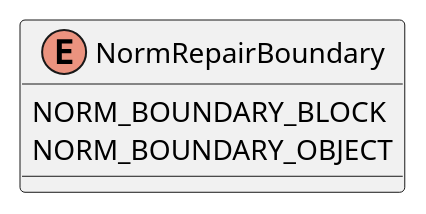
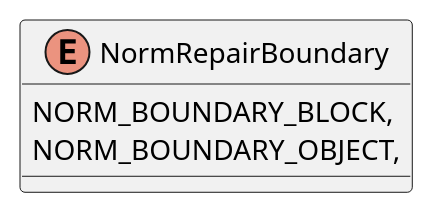
The diagram in src/dotnet/design/Mil/Navy/Nrl/Norm/Enums/NormRepairBoundary.puml (USNavalResearchLaboratory/norm), drawn with PlantUML before and after one commit. The commit also changed 34 other files, not shown here.

```diff
--- a/src/dotnet/design/Mil/Navy/Nrl/Norm/Enums/NormRepairBoundary.puml
+++ b/src/dotnet/design/Mil/Navy/Nrl/Norm/Enums/NormRepairBoundary.puml
@@ -1,6 +1,6 @@
 @startuml
 enum NormRepairBoundary {
-    NORM_BOUNDARY_BLOCK
-    NORM_BOUNDARY_OBJECT
+    NORM_BOUNDARY_BLOCK,
+    NORM_BOUNDARY_OBJECT,
 }
 @enduml
```
